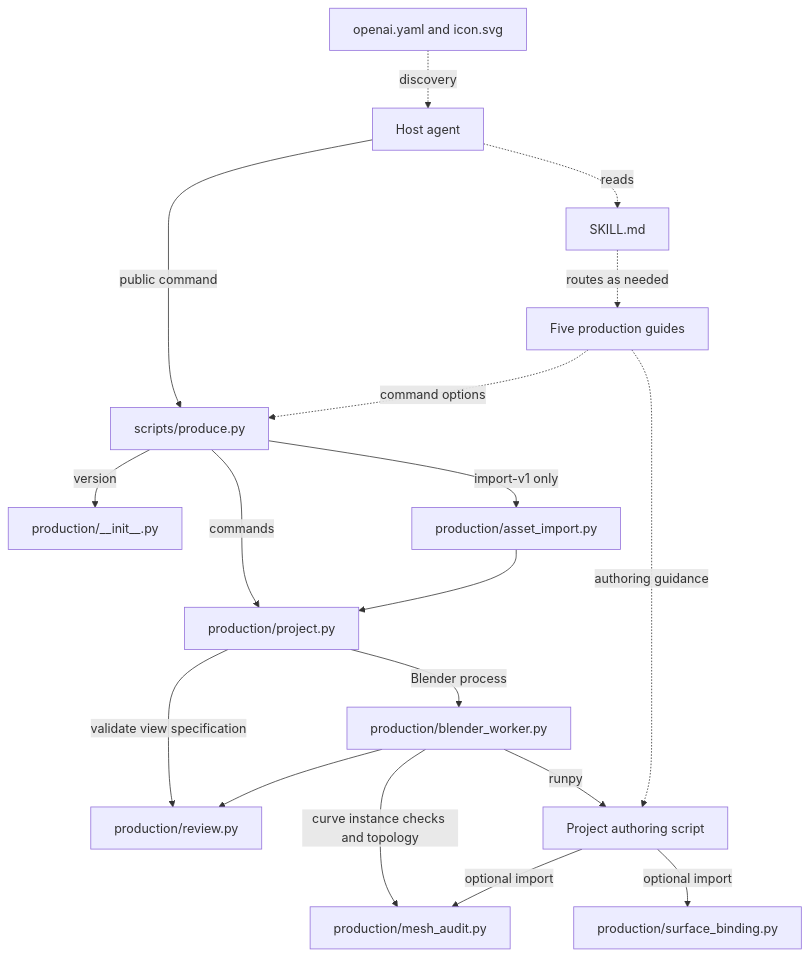
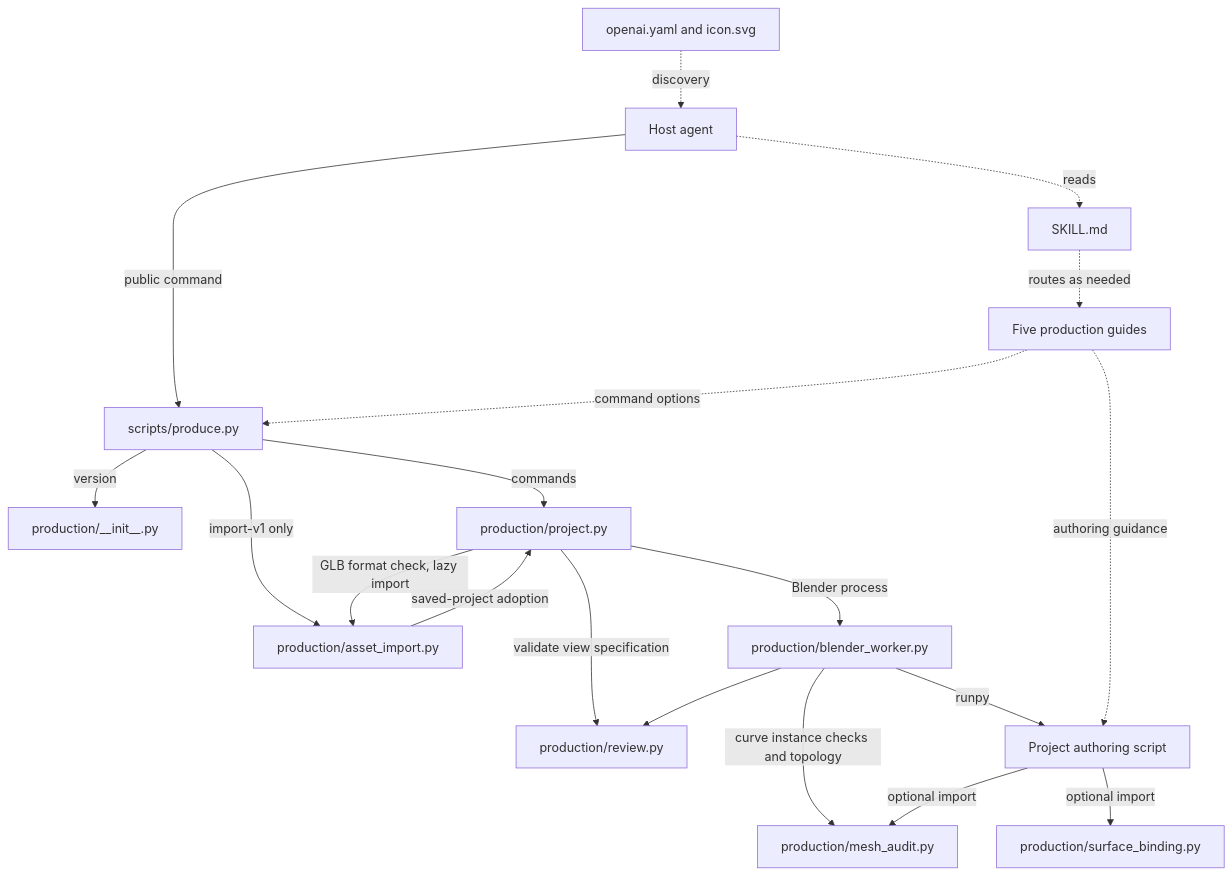
One commit to ictseoyoungmin/refas changed the diagram in docs/development/refas-2-skill-map.md. Above: the diagram before and after it, drawn with Mermaid. The commit also changed other lines of this file and 11 other files, not shown here.

````diff
--- a/docs/development/refas-2-skill-map.md
+++ b/docs/development/refas-2-skill-map.md
@@ -22,22 +22,23 @@
 ```mermaid
 flowchart TD
     Discovery["openai.yaml and icon.svg"] -. "discovery" .-> Agent["Host agent"]
     Agent -. "reads" .-> Skill["SKILL.md"]
     Skill -. "routes as needed" .-> Guides["Five production guides"]
     Agent -- "public command" --> CLI["scripts/produce.py"]
     Guides -. "command options" .-> CLI
 
     CLI -- "version" --> Identity["production/__init__.py"]
     CLI -- "commands" --> Project["production/project.py"]
     CLI -- "import-v1 only" --> Import["production/asset_import.py"]
-    Import --> Project
+    Project -- "GLB format check, lazy import" --> Import
+    Import -- "saved-project adoption" --> Project
 
     Project -- "validate view specification" --> Review["production/review.py"]
     Project -- "Blender process" --> Worker["production/blender_worker.py"]
     Worker --> Review
     Worker -- "curve instance checks and topology" --> Audit["production/mesh_audit.py"]
     Worker -- "runpy" --> Script["Project authoring script"]
     Guides -. "authoring guidance" .-> Script
     Script -- "optional import" --> Audit
     Script -- "optional import" --> Binding["production/surface_binding.py"]
 ```
````
